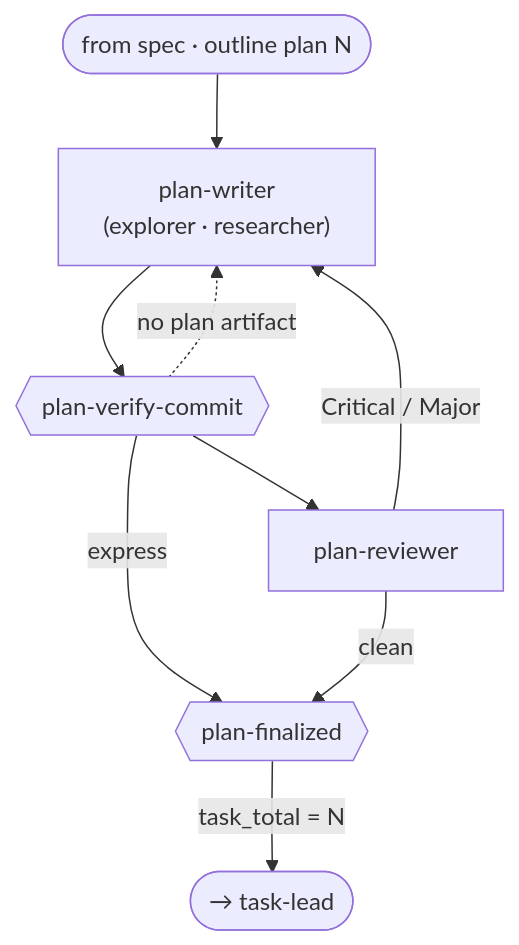
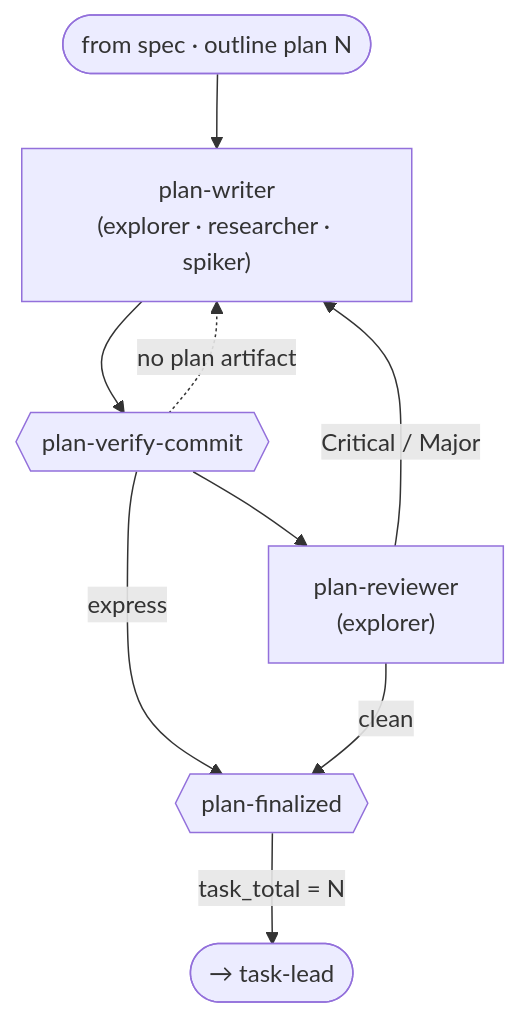
The tenth of 13 diagrams in docs/internals/architecture.md (jpoimboe/imp), drawn with Mermaid before and after one commit. The commit also changed other lines of this file and 1 other file, not shown here.

First line of the commit message:
docs: record the reviewers' explorer grant and plan-writer's spiker

````diff
--- a/docs/internals/architecture.md
+++ b/docs/internals/architecture.md
@@ -214,11 +214,11 @@
 ```mermaid
 flowchart TD
-  in([from spec · outline plan N]) --> PW["plan-writer<br/>(explorer · researcher)"]
+  in([from spec · outline plan N]) --> PW["plan-writer<br/>(explorer · researcher · spiker)"]
   PW --> PVC{{"plan-verify-commit"}}
   PVC -. "no plan artifact" .-> PW
   PVC -->|express| PF
-  PVC --> PR["plan-reviewer"]
+  PVC --> PR["plan-reviewer<br/>(explorer)"]
   PR -->|"Critical / Major"| PW
   PR -->|clean| PF{{"plan-finalized"}}
   PF -->|"task_total = N"| out([→ task-lead])
 ```
````
